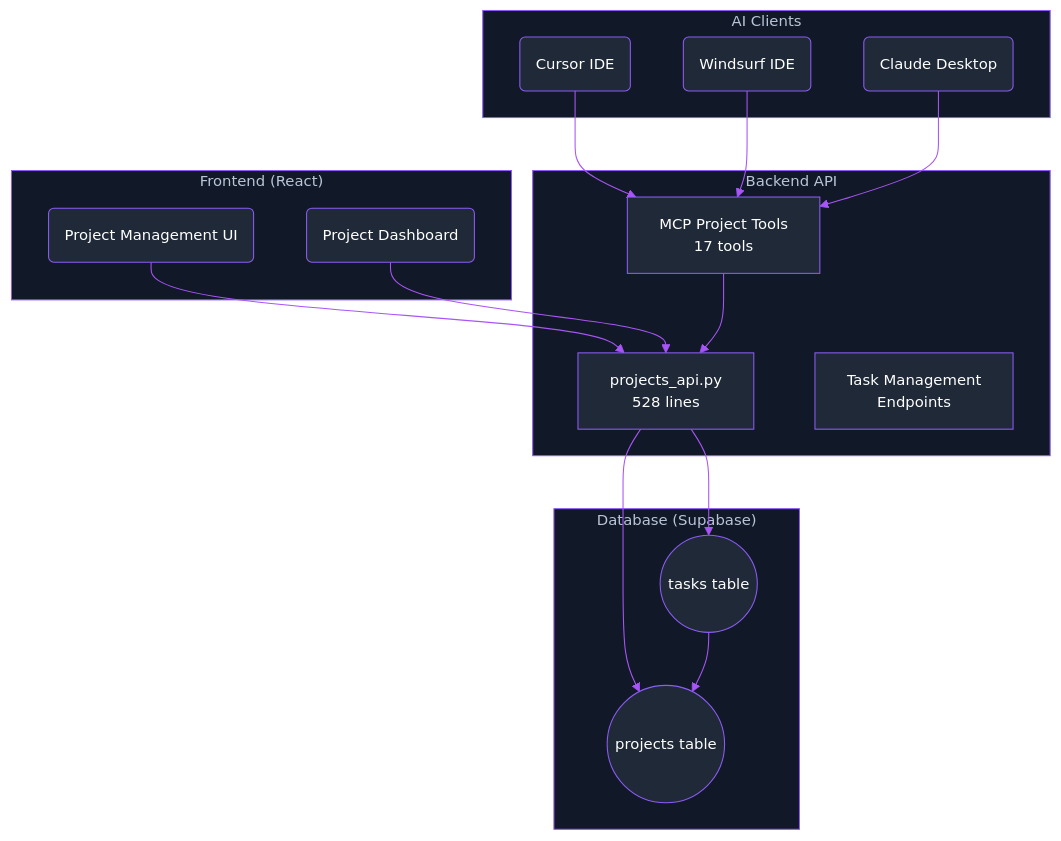
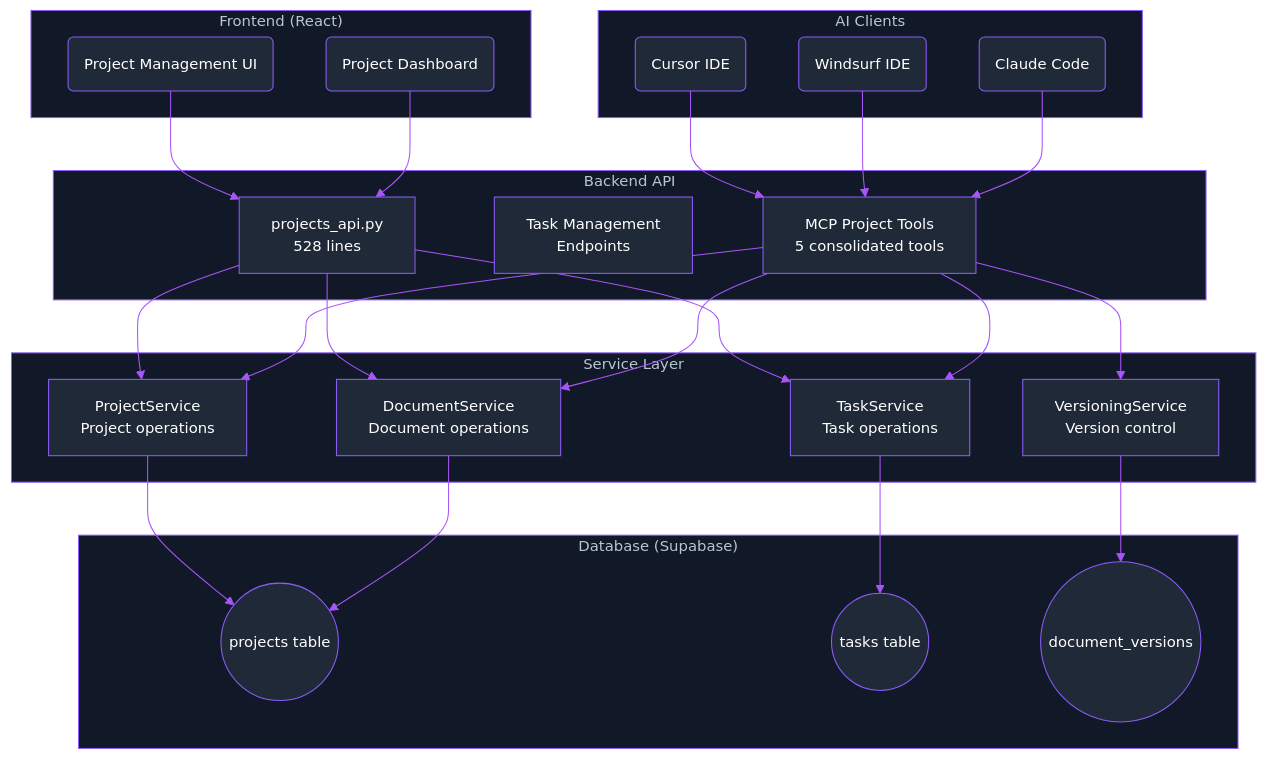
Before and after one commit to tarsonis125/mcp-crawl4ai-rag-ChromaDB-V1: the first of 3 diagrams in docs/docs/tasks.mdx, drawn with Mermaid. The commit also changed other lines of this file and 16 other files, not shown here.

Commit message:
refactor: consolidate project and task management into service-based architecture

````diff
--- a/docs/docs/tasks.mdx
+++ b/docs/docs/tasks.mdx
@@ -27,55 +27,71 @@
 ```mermaid
 %%{init:{
   'theme':'base',
   'themeVariables': {
     'primaryColor':'#1f2937',
     'primaryTextColor':'#ffffff',
     'primaryBorderColor':'#8b5cf6',
     'lineColor':'#a855f7',
     'textColor':'#ffffff',
     'fontFamily':'Inter',
     'fontSize':'14px',
     'background':'#000000',
     'mainBkg':'#1f2937',
     'secondBkg':'#111827',
     'borderColor':'#8b5cf6',
     'clusterBkg':'#111827',
     'clusterBorder':'#8b5cf6'
   }
 }}%%
 graph TB
     subgraph "Frontend (React)"
         TaskUI(Project Management UI)
         ProjectUI(Project Dashboard)
     end
     
     subgraph "Backend API"
         ProjectAPI["projects_api.py<br/>528 lines"]
         TaskAPI["Task Management<br/>Endpoints"]
-        MCPTools["MCP Project Tools<br/>17 tools"]
+        MCPTools["MCP Project Tools<br/>5 consolidated tools"]
+    end
+    
+    subgraph "Service Layer"
+        ProjectService["ProjectService<br/>Project operations"]
+        TaskService["TaskService<br/>Task operations"]
+        DocumentService["DocumentService<br/>Document operations"]
+        VersioningService["VersioningService<br/>Version control"]
     end
     
     subgraph "Database (Supabase)"
         ProjectsTable(("projects table"))
         TasksTable(("tasks table"))
+        VersionsTable(("document_versions"))
     end
     
     subgraph "AI Clients"
         Cursor(Cursor IDE)
         Windsurf(Windsurf IDE)
-        Claude(Claude Desktop)
+        Claude(Claude Code)
     end
     
     TaskUI --> ProjectAPI
     ProjectUI --> ProjectAPI
     
-    ProjectAPI --> ProjectsTable
-    ProjectAPI --> TasksTable
-    TasksTable --> ProjectsTable
+    ProjectAPI --> ProjectService
+    ProjectAPI --> TaskService
+    ProjectAPI --> DocumentService
+    
+    MCPTools --> ProjectService
+    MCPTools --> TaskService
+    MCPTools --> DocumentService
+    MCPTools --> VersioningService
+    
+    ProjectService --> ProjectsTable
+    TaskService --> TasksTable
+    DocumentService --> ProjectsTable
+    VersioningService --> VersionsTable
     
     Cursor --> MCPTools
     Windsurf --> MCPTools
     Claude --> MCPTools
-    
-    MCPTools --> ProjectAPI
 ```
````
